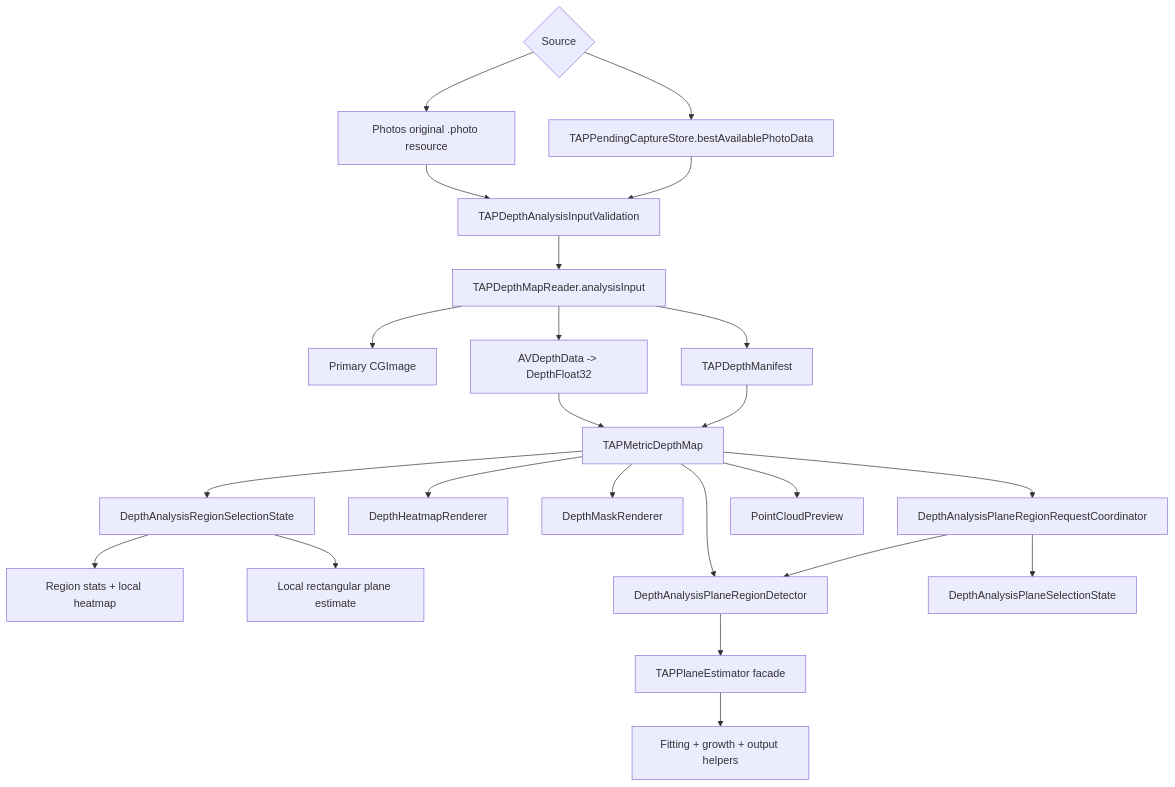
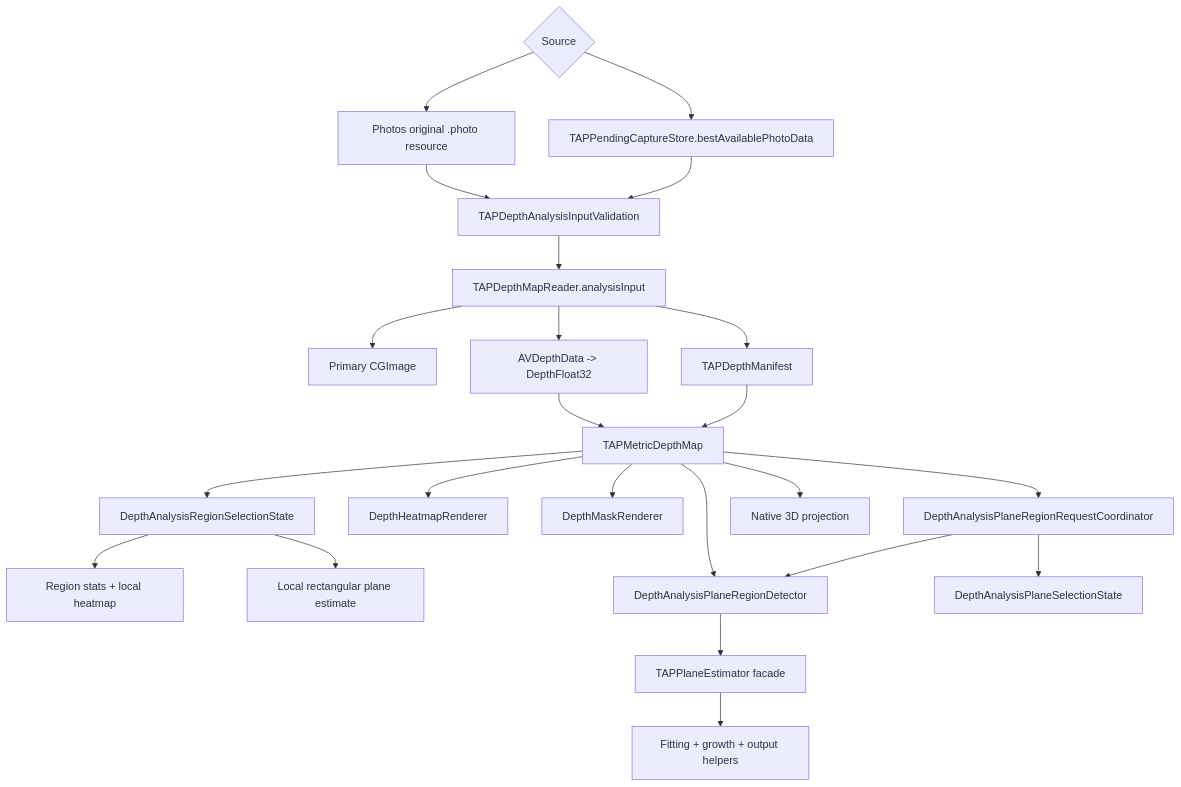
One commit to TAP-NAP/TAPCamDemo changed the first of 3 diagrams in TAPCamDemo/DepthAnalysis/README.md. Above: the diagram before and after it, drawn with Mermaid. The commit also changed other lines of this file and 21 other files, not shown here.

Commit message:
Refactor capture flow and validation logic

````diff
--- a/TAPCamDemo/DepthAnalysis/README.md
+++ b/TAPCamDemo/DepthAnalysis/README.md
@@ -329,38 +351,38 @@
 ```mermaid
 flowchart TD
     Source{"Source"} --> Photos["Photos original .photo resource"]
     Source --> Pending["TAPPendingCaptureStore.bestAvailablePhotoData"]
     Photos --> Validation["TAPDepthAnalysisInputValidation"]
     Pending --> Validation
     Validation --> Reader["TAPDepthMapReader.analysisInput"]
     Reader --> Image["Primary CGImage"]
     Reader --> Depth["AVDepthData -> DepthFloat32"]
     Reader --> Manifest["TAPDepthManifest"]
     Depth --> Metric["TAPMetricDepthMap"]
     Manifest --> Metric
     Metric --> RegionState["DepthAnalysisRegionSelectionState"]
     RegionState --> RegionStats["Region stats + local heatmap"]
     RegionState --> RegionPlane["Local rectangular plane estimate"]
     Metric --> Heatmap["DepthHeatmapRenderer"]
     Metric --> Mask["DepthMaskRenderer"]
     Metric --> Detector["DepthAnalysisPlaneRegionDetector"]
     Metric --> RequestCoordinator["DepthAnalysisPlaneRegionRequestCoordinator"]
     RequestCoordinator --> Detector
     RequestCoordinator --> PlaneState["DepthAnalysisPlaneSelectionState"]
     Detector --> Plane["TAPPlaneEstimator facade"]
     Plane --> PlaneHelpers["Fitting + growth + output helpers"]
-    Metric --> Cloud["PointCloudPreview"]
+    Metric --> Projection["Native 3D projection"]
 
     click Validation "DepthAnalysisInputValidation.swift"
     click Reader "DepthAnalysisReader.swift"
     click Metric "DepthAnalysisModels.swift"
     click RegionState "DepthAnalysisRegionSelectionState.swift"
     click Detector "DepthAnalysisPlaneRegionDetector.swift"
     click RequestCoordinator "DepthAnalysisPlaneRegionRequestCoordinator.swift"
     click PlaneState "DepthAnalysisPlaneSelectionState.swift"
     click Heatmap "AnalysisTools/DepthHeatmapRenderer.swift"
     click Mask "AnalysisTools/DepthMaskRenderer.swift"
     click Plane "AnalysisTools/DepthPlaneEstimator.swift"
     click PlaneHelpers "AnalysisTools/README.md"
-    click Cloud "AnalysisTools/DepthPointCloudPreview.swift"
+    click Projection "AnalysisTools/DepthPointCloudPreview.swift"
 ```
````
